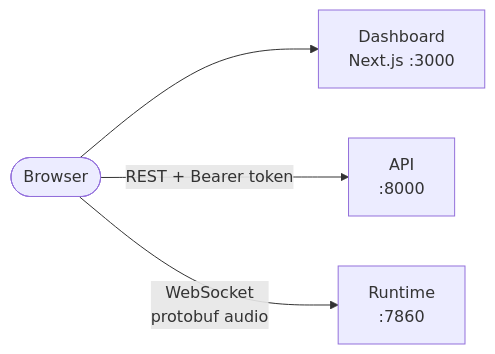
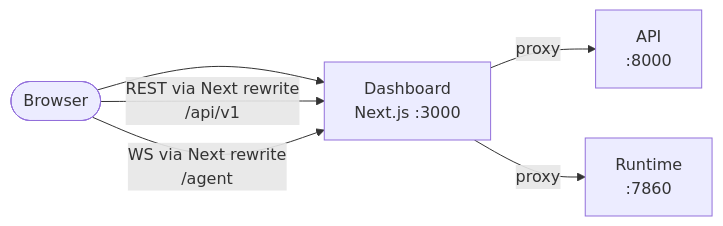
Before and after one commit to COSS-India/VoicEra: the diagram in docs/developer/frontend/overview.md, drawn with Mermaid. The commit also changed other lines of this file and 13 other files, not shown here.

````diff
--- a/docs/developer/frontend/overview.md
+++ b/docs/developer/frontend/overview.md
@@ -56,11 +58,13 @@
 ```mermaid
 flowchart LR
   Browser(["Browser"])
   FE["Dashboard<br/>Next.js :3000"]
   API["API<br/>:8000"]
   RT["Runtime<br/>:7860"]
 
   Browser --> FE
-  Browser -->|"REST + Bearer token"| API
-  Browser -->|"WebSocket<br/>protobuf audio"| RT
+  Browser -->|"REST via Next rewrite<br/>/api/v1"| FE
+  FE -->|"proxy"| API
+  Browser -->|"WS via Next rewrite<br/>/agent"| FE
+  FE -->|"proxy"| RT
 ```
````
